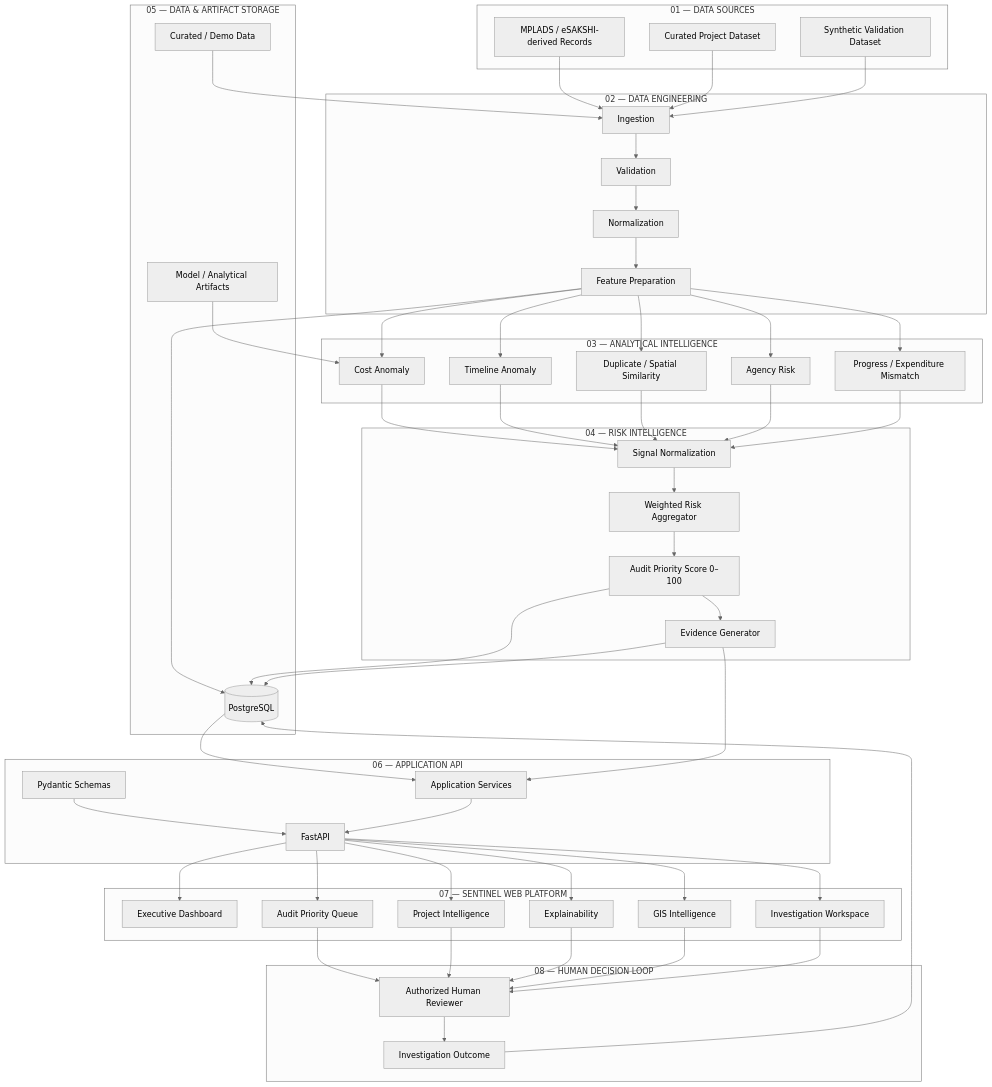
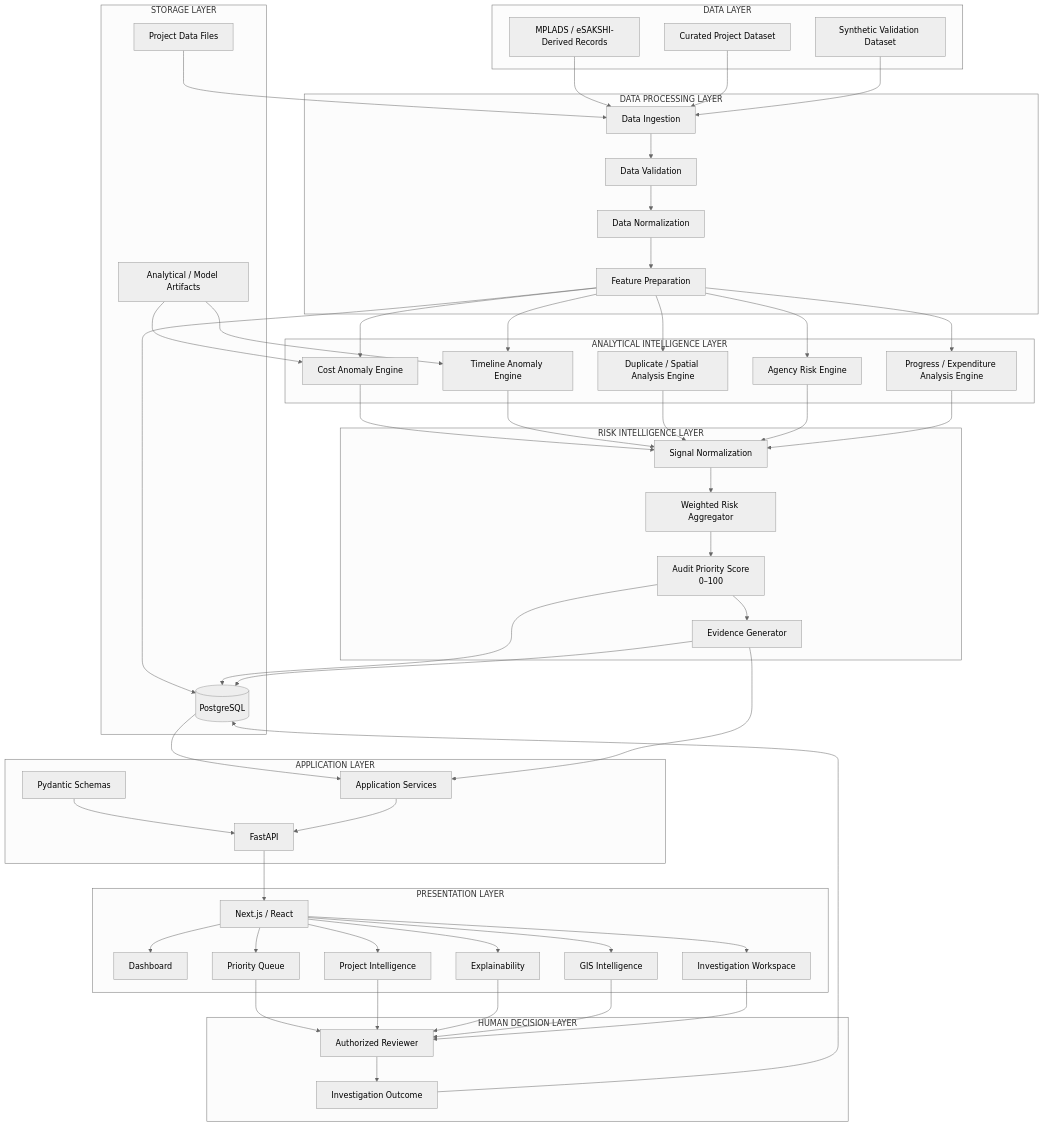
Before and after one commit to the-nidhi-bhat/mplads-sentinel: diagram 16 of 32 in README.md, drawn with Mermaid (neutral theme). The commit also changed other lines of this file, not shown here.

````diff
--- a/README.md
+++ b/README.md
@@ -1164,141 +644,170 @@
 ```mermaid
 flowchart TB
 
-    %% =========================
-    %% DATA SOURCES
-    %% =========================
+    %% DATA
 
-    subgraph DS["01 — DATA SOURCES"]
-        RAW["MPLADS / eSAKSHI-derived Records"]
+    subgraph DATA["DATA LAYER"]
+
+        RAW["MPLADS / eSAKSHI-Derived Records"]
+
         CURATED["Curated Project Dataset"]
-        SYN["Synthetic Validation Dataset"]
+
+        SYNTH["Synthetic Validation Dataset"]
+
     end
 
-    %% =========================
-    %% INGESTION
-    %% =========================
+    %% PIPELINE
 
-    subgraph ING["02 — DATA ENGINEERING"]
-        INGEST["Ingestion"]
-        VALID["Validation"]
-        NORMAL["Normalization"]
-        FEATURE["Feature Preparation"]
+    subgraph PIPELINE["DATA PROCESSING LAYER"]
+
+        INGEST["Data Ingestion"]
+
+        VALIDATE["Data Validation"]
+
+        NORMALIZE["Data Normalization"]
+
+        FEATURES["Feature Preparation"]
+
+    end
+
+    %% ANALYTICS
+
+    subgraph ANALYTICS["ANALYTICAL INTELLIGENCE LAYER"]
+
+        COST["Cost Anomaly Engine"]
+
+        TIME["Timeline Anomaly Engine"]
+
+        SPATIAL["Duplicate / Spatial Analysis Engine"]
+
+        AGENCY["Agency Risk Engine"]
+
+        PROGRESS["Progress / Expenditure Analysis Engine"]
+
+    end
+
+    %% RISK
+
+    subgraph RISK["RISK INTELLIGENCE LAYER"]
+
+        SIGNAL["Signal Normalization"]
+
+        AGG["Weighted Risk Aggregator"]
+
+        SCORE["Audit Priority Score<br/>0–100"]
+
+        EVIDENCE["Evidence Generator"]
+
+    end
+
+    %% STORAGE
+
+    subgraph STORAGE["STORAGE LAYER"]
+
+        DB[("PostgreSQL")]
+
+        ARTIFACTS["Analytical / Model Artifacts"]
+
+        FILES["Project Data Files"]
+
+    end
+
+    %% API
+
+    subgraph API["APPLICATION LAYER"]
+
+        FASTAPI["FastAPI"]
+
+        SCHEMA["Pydantic Schemas"]
+
+        SERVICES["Application Services"]
+
+    end
+
+    %% FRONTEND
+
+    subgraph FRONTEND["PRESENTATION LAYER"]
+
+        NEXT["Next.js / React"]
+
+        DASHBOARD["Dashboard"]
+
+        PRIORITY["Priority Queue"]
+
+        PROJECT["Project Intelligence"]
+
+        EXPLAIN["Explainability"]
+
+        GIS["GIS Intelligence"]
+
+        INVESTIGATION["Investigation Workspace"]
+
+    end
+
+    %% HUMAN
+
+    subgraph HUMAN["HUMAN DECISION LAYER"]
+
+        REVIEWER["Authorized Reviewer"]
+
+        OUTCOME["Investigation Outcome"]
+
     end
 
     RAW --> INGEST
     CURATED --> INGEST
-    SYN --> INGEST
+    SYNTH --> INGEST
 
-    INGEST --> VALID
-    VALID --> NORMAL
-    NORMAL --> FEATURE
+    INGEST --> VALIDATE
+    VALIDATE --> NORMALIZE
+    NORMALIZE --> FEATURES
 
-    %% =========================
-    %% ANALYTICS
-    %% =========================
+    FEATURES --> COST
+    FEATURES --> TIME
+    FEATURES --> SPATIAL
+    FEATURES --> AGENCY
+    FEATURES --> PROGRESS
 
-    subgraph AI["03 — ANALYTICAL INTELLIGENCE"]
-        COST["Cost Anomaly"]
-        TIME["Timeline Anomaly"]
-        DUP["Duplicate / Spatial Similarity"]
-        AGENCY["Agency Risk"]
-        PROGRESS["Progress / Expenditure Mismatch"]
-    end
+    COST --> SIGNAL
+    TIME --> SIGNAL
+    SPATIAL --> SIGNAL
+    AGENCY --> SIGNAL
+    PROGRESS --> SIGNAL
 
-    FEATURE --> COST
-    FEATURE --> TIME
-    FEATURE --> DUP
-    FEATURE --> AGENCY
-    FEATURE --> PROGRESS
+    SIGNAL --> AGG
+    AGG --> SCORE
+    SCORE --> EVIDENCE
 
-    %% =========================
-    %% RISK ENGINE
-    %% =========================
+    FEATURES --> DB
+    SCORE --> DB
+    EVIDENCE --> DB
 
-    subgraph RISK["04 — RISK INTELLIGENCE"]
-        NORMALIZE["Signal Normalization"]
-        SCORE["Weighted Risk Aggregator"]
-        AUDIT["Audit Priority Score 0–100"]
-        EVIDENCE["Evidence Generator"]
-    end
+    ARTIFACTS --> COST
+    ARTIFACTS --> TIME
 
-    COST --> NORMALIZE
-    TIME --> NORMALIZE
-    DUP --> NORMALIZE
-    AGENCY --> NORMALIZE
-    PROGRESS --> NORMALIZE
-
-    NORMALIZE --> SCORE
-    SCORE --> AUDIT
-    AUDIT --> EVIDENCE
-
-    %% =========================
-    %% STORAGE
-    %% =========================
-
-    subgraph STORE["05 — DATA & ARTIFACT STORAGE"]
-        DB[("PostgreSQL")]
-        ART["Model / Analytical Artifacts"]
-        DATA["Curated / Demo Data"]
-    end
-
-    FEATURE --> DB
-    AUDIT --> DB
-    EVIDENCE --> DB
-    ART --> COST
-    DATA --> INGEST
-
-    %% =========================
-    %% API
-    %% =========================
-
-    subgraph API["06 — APPLICATION API"]
-        FAST["FastAPI"]
-        SCHEMA["Pydantic Schemas"]
-        SERVICES["Application Services"]
-    end
+    FILES --> INGEST
 
     DB --> SERVICES
     EVIDENCE --> SERVICES
-    SCHEMA --> FAST
-    SERVICES --> FAST
 
-    %% =========================
-    %% FRONTEND
-    %% =========================
+    SCHEMA --> FASTAPI
+    SERVICES --> FASTAPI
 
-    subgraph UI["07 — SENTINEL WEB PLATFORM"]
-        DASH["Executive Dashboard"]
-        QUEUE["Audit Priority Queue"]
-        PROJECT["Project Intelligence"]
-        EXPLAIN["Explainability"]
-        GIS["GIS Intelligence"]
-        INVEST["Investigation Workspace"]
-    end
+    FASTAPI --> NEXT
 
-    FAST --> DASH
-    FAST --> QUEUE
-    FAST --> PROJECT
-    FAST --> EXPLAIN
-    FAST --> GIS
-    FAST --> INVEST
+    NEXT --> DASHBOARD
+    NEXT --> PRIORITY
+    NEXT --> PROJECT
+    NEXT --> EXPLAIN
+    NEXT --> GIS
+    NEXT --> INVESTIGATION
 
-    %% =========================
-    %% HUMAN LOOP
-    %% =========================
+    PRIORITY --> REVIEWER
+    PROJECT --> REVIEWER
+    EXPLAIN --> REVIEWER
+    GIS --> REVIEWER
+    INVESTIGATION --> REVIEWER
 
-    subgraph HUMAN["08 — HUMAN DECISION LOOP"]
-        REVIEW["Authorized Human Reviewer"]
-        OUTCOME["Investigation Outcome"]
-    end
-
-    QUEUE --> REVIEW
-    PROJECT --> REVIEW
-    EXPLAIN --> REVIEW
-    GIS --> REVIEW
-    INVEST --> REVIEW
-
-    REVIEW --> OUTCOME
-
+    REVIEWER --> OUTCOME
     OUTCOME --> DB
 ```
````
